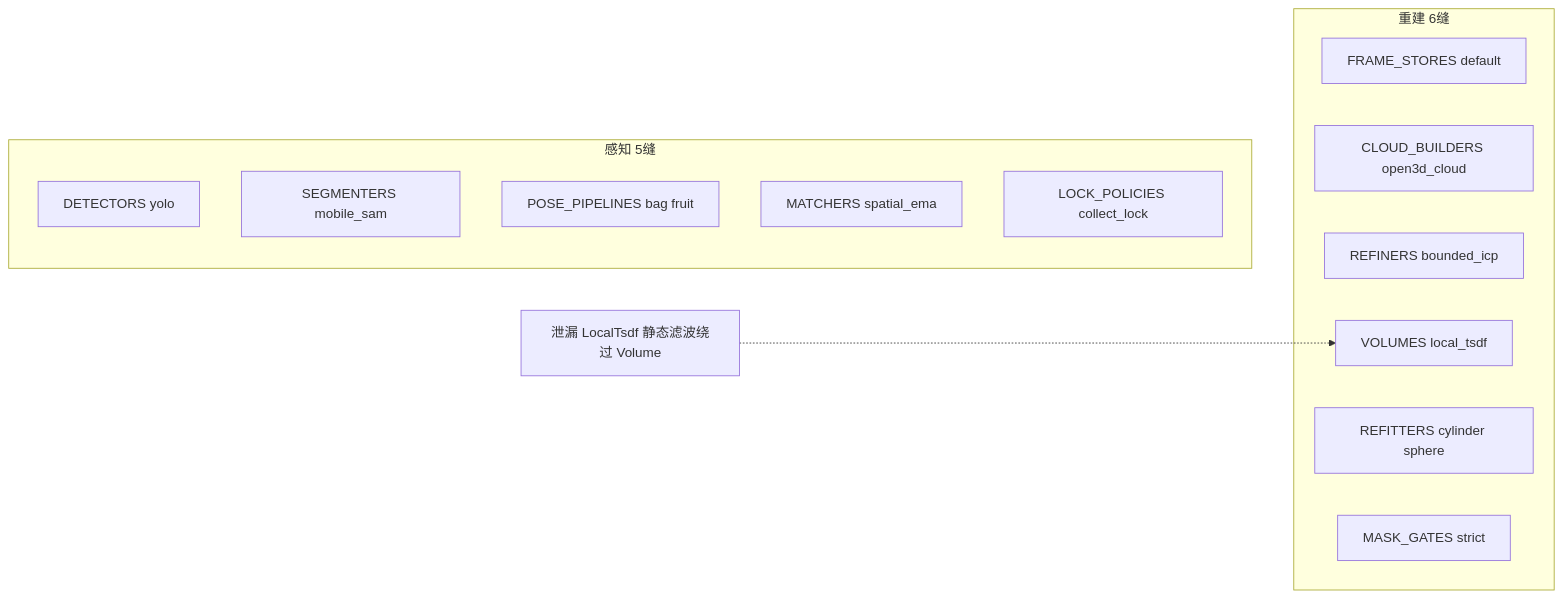
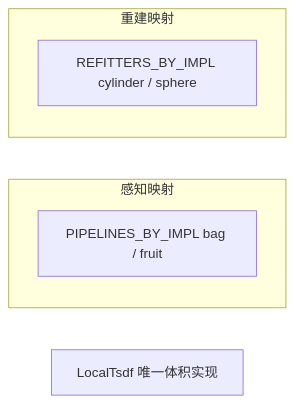
Diagram 15 of 15 in docs/architecture.md (MUHAN11-c/aubo_boot), drawn with Mermaid before and after one commit. The commit also changed other lines of this file and 25 other files, not shown here.

````diff
--- a/docs/architecture.md
+++ b/docs/architecture.md
@@ -876,19 +877,10 @@
 ```mermaid
 flowchart LR
-  subgraph sceneSeams ["感知 5缝"]
-    d["DETECTORS yolo"]
-    s["SEGMENTERS mobile_sam"]
-    p["POSE_PIPELINES bag fruit"]
-    m["MATCHERS spatial_ema"]
-    l["LOCK_POLICIES collect_lock"]
+  subgraph sceneMap ["感知映射"]
+    p["PIPELINES_BY_IMPL bag / fruit"]
   end
-  subgraph reconSeams ["重建 6缝"]
-    fs["FRAME_STORES default"]
-    cb["CLOUD_BUILDERS open3d_cloud"]
-    rf["REFINERS bounded_icp"]
-    vo["VOLUMES local_tsdf"]
-    rt["REFITTERS cylinder sphere"]
-    mg["MASK_GATES strict"]
+  subgraph reconMap ["重建映射"]
+    rt["REFITTERS_BY_IMPL cylinder / sphere"]
   end
-  leak["泄漏 LocalTsdf 静态滤波绕过 Volume"] -.-> vo
+  vol["LocalTsdf 唯一体积实现"]
 ```
````
